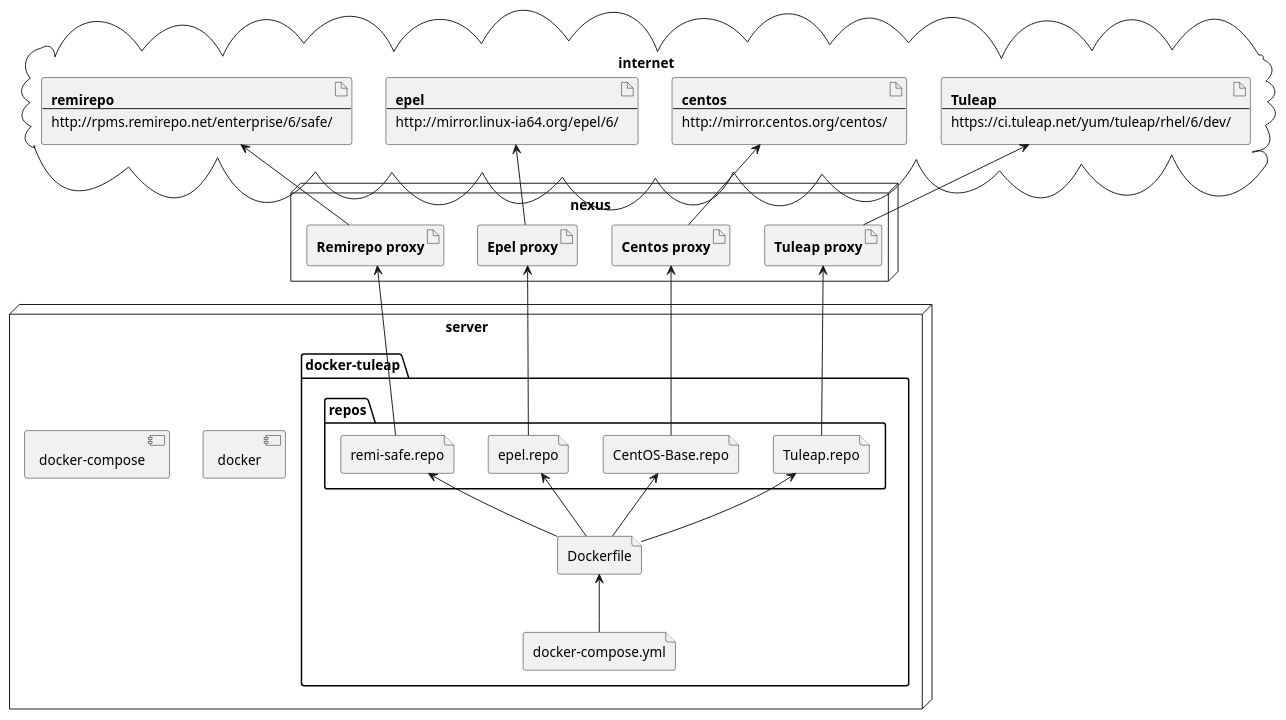
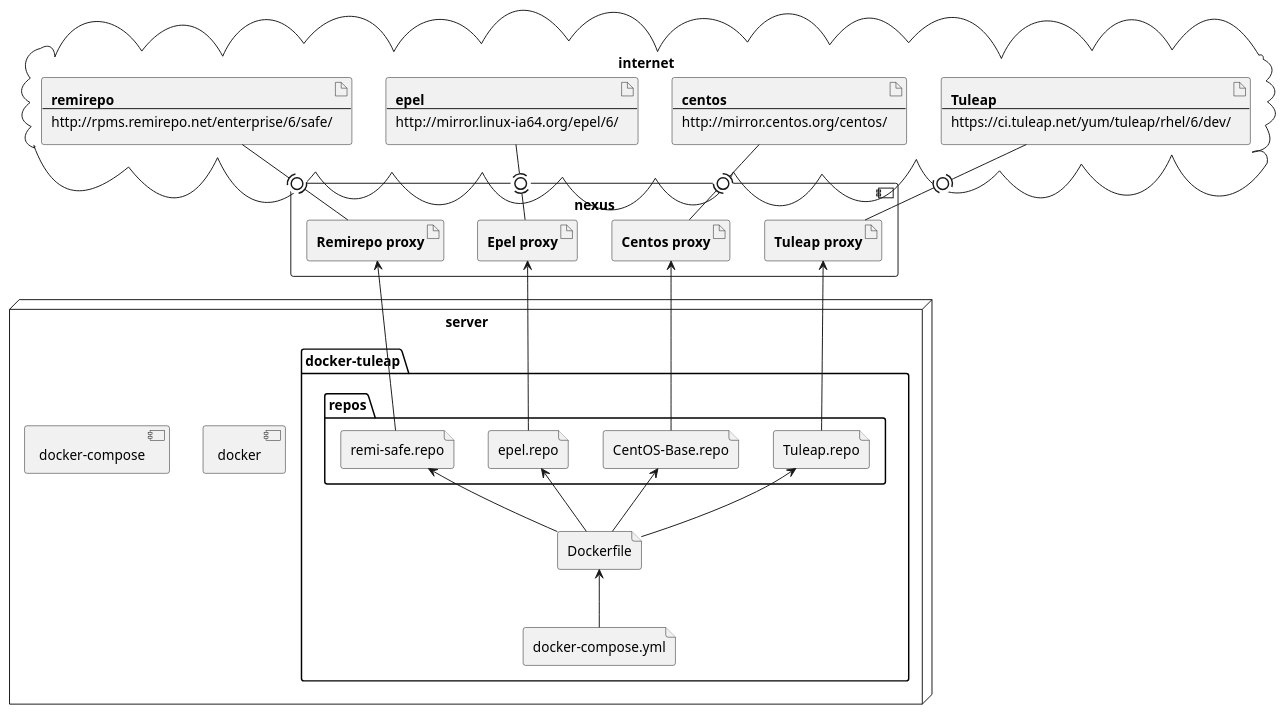
Before and after one commit to lterekhov/TuleapCloseNetwork: the diagram in scheme/tuleap.puml, drawn with PlantUML. The commit also changed 1 other file, not shown here.

Commit message:
обновлена диаграмма компонентов

```diff
--- a/scheme/tuleap.puml
+++ b/scheme/tuleap.puml
@@ -1,103 +1,103 @@
 @startuml tuleap_close_network
 
 cloud internet {
     artifact Tuleap [
     <b>Tuleap</b>
     ---
     https://ci.tuleap.net/yum/tuleap/rhel/6/dev/
     ]
 
     artifact Centos [
     <b>centos</b>
     ---
     http://mirror.centos.org/centos/
     ]
 
 
     artifact Epel [
     <b>epel</b>
     ---
     http://mirror.linux-ia64.org/epel/6/
     ]
 
 
     artifact Remirepo [
     <b>remirepo</b>
     ---
     http://rpms.remirepo.net/enterprise/6/safe/
     ]
 }
 
-node nexus {
+component nexus {
     artifact proxyTuleap [
     <b>Tuleap proxy</b>
     ]
 
     artifact proxyCentos [
     <b>Centos proxy</b>
     ]
 
     artifact proxyEpel [
     <b>Epel proxy</b>
     ]
 
     artifact proxyRemirepo [
     <b>Remirepo proxy</b>
     ]
 }
 
 node server {
     component docker [
         docker
     ]
     component dockercompose [
         docker-compose
     ]
     folder docker-tuleap {
         file Dockerfile 
         file dockercomposeyml [
             docker-compose.yml
         ]
         folder repos {
             file epelrepo [
                 epel.repo
             ]
             file remisafe [
                 remi-safe.repo
             ]
             file CentOSBaserepo [
                 CentOS-Base.repo
             ]
             file Tuleaprepo [
                 Tuleap.repo
             ]
         }
 
         epelrepo <-- Dockerfile
         remisafe <-- Dockerfile
         CentOSBaserepo <-- Dockerfile
         Tuleaprepo <-- Dockerfile
 
         Dockerfile <-- dockercomposeyml
     }
 }
 
-Tuleap <-- proxyTuleap
-Centos <-- proxyCentos
-Epel <-- proxyEpel
-Remirepo <-- proxyRemirepo
+Tuleap -(0)- proxyTuleap
+Centos -(0)- proxyCentos
+Epel -(0)- proxyEpel
+Remirepo -(0)- proxyRemirepo
 
 proxyEpel <-- epelrepo
 proxyRemirepo <-- remisafe
 proxyCentos <-- CentOSBaserepo
 proxyTuleap <-- Tuleaprepo
 
 
 
 
 
 
 
 
 
 @enduml
```
